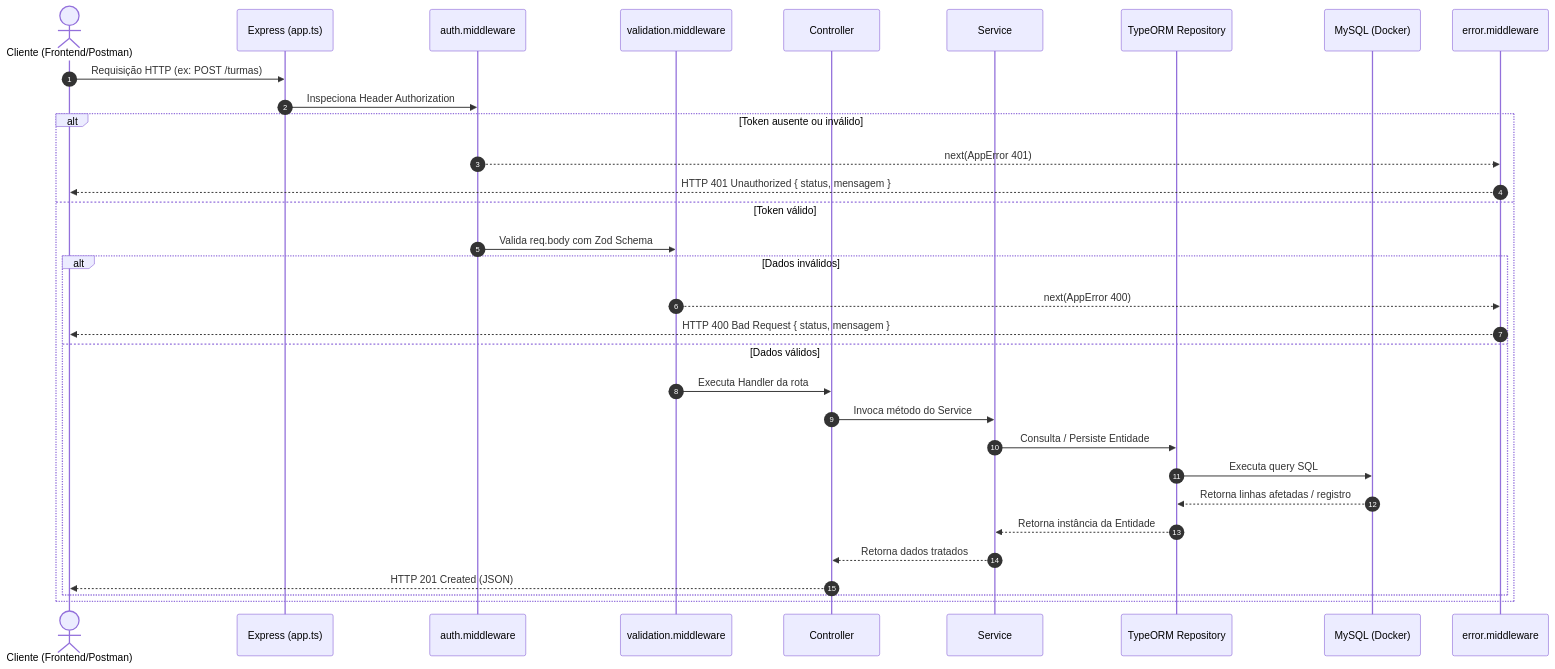
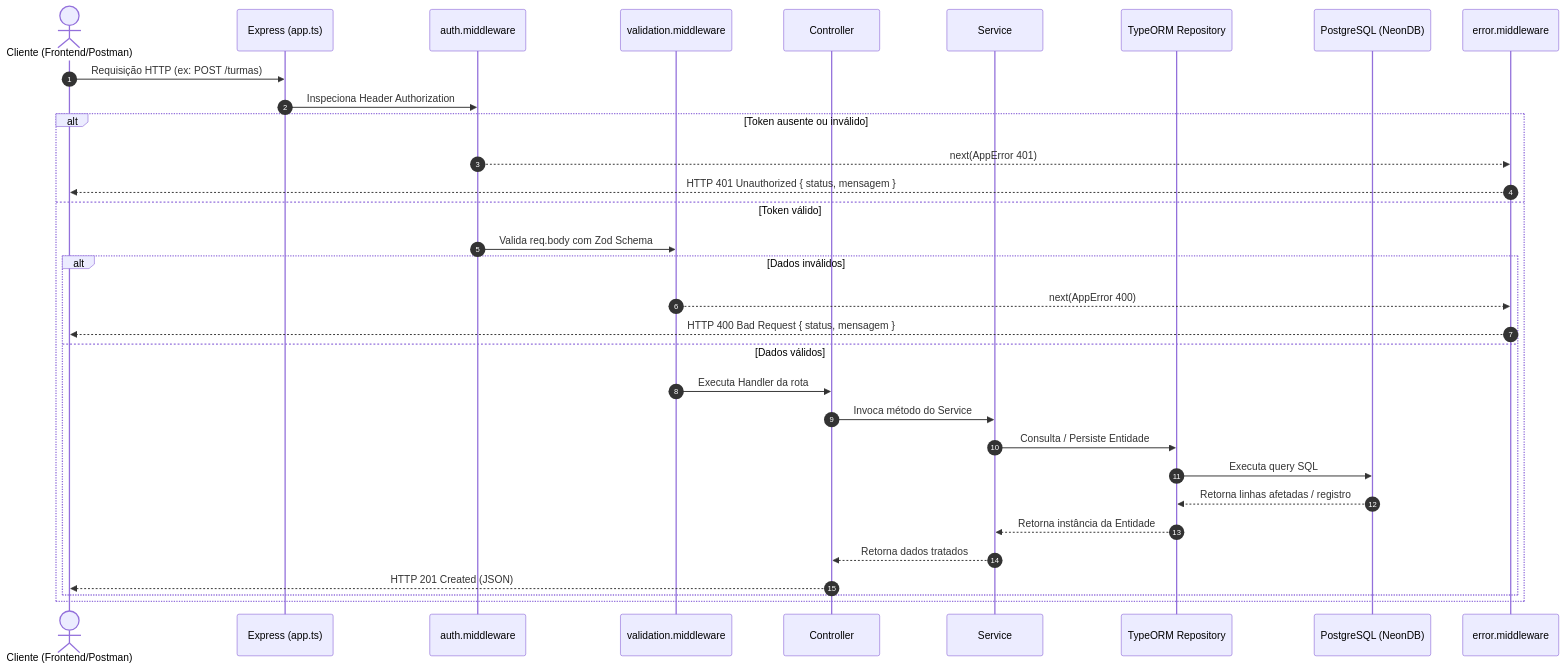
Before and after one commit to caiolaurindo/tia-backend: the diagram in ARQUITETURA.md, drawn with Mermaid. The commit also changed other lines of this file and 9 other files, not shown here.

Commit message:
feat: adiciona conexão com o neonDb e remove a dependecia do docker

````diff
--- a/ARQUITETURA.md
+++ b/ARQUITETURA.md
@@ -306,35 +306,35 @@
 ```mermaid
 sequenceDiagram
     autonumber
     actor Cliente as Cliente (Frontend/Postman)
     participant Express as Express (app.ts)
     participant Auth as auth.middleware
     participant Val as validation.middleware
     participant Ctrl as Controller
     participant Svc as Service
     participant Repo as TypeORM Repository
-    participant DB as MySQL (Docker)
+    participant DB as PostgreSQL (NeonDB)
     participant Err as error.middleware
 
     Cliente->>Express: Requisição HTTP (ex: POST /turmas)
     Express->>Auth: Inspeciona Header Authorization
     alt Token ausente ou inválido
         Auth-->>Err: next(AppError 401)
         Err-->>Cliente: HTTP 401 Unauthorized { status, mensagem }
     else Token válido
         Auth->>Val: Valida req.body com Zod Schema
         alt Dados inválidos
             Val-->>Err: next(AppError 400)
             Err-->>Cliente: HTTP 400 Bad Request { status, mensagem }
         else Dados válidos
             Val->>Ctrl: Executa Handler da rota
             Ctrl->>Svc: Invoca método do Service
             Svc->>Repo: Consulta / Persiste Entidade
             Repo->>DB: Executa query SQL
             DB-->>Repo: Retorna linhas afetadas / registro
             Repo-->>Svc: Retorna instância da Entidade
             Svc-->>Ctrl: Retorna dados tratados
             Ctrl-->>Cliente: HTTP 201 Created (JSON)
         end
     end
 ```
````
